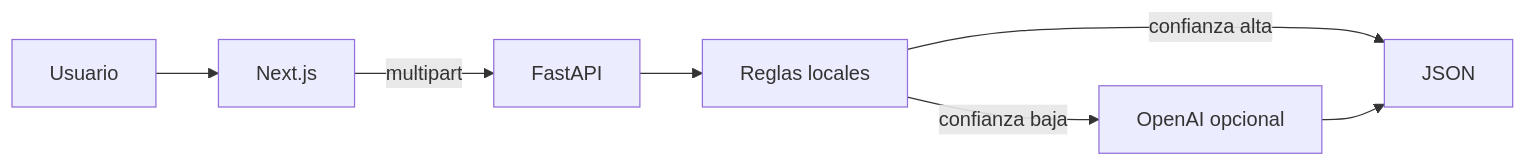
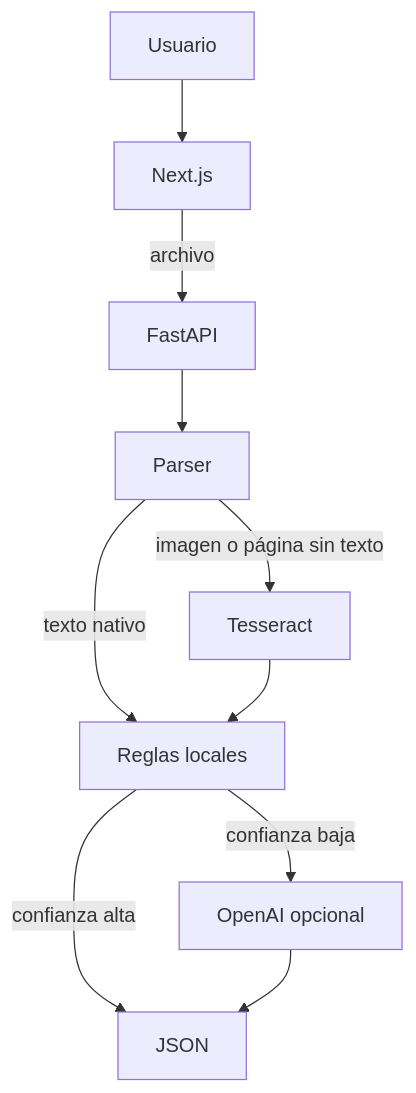
Before and after one commit to JuanRomerWRST/Questionnaire-Platform-ORC: the diagram in README.md, drawn with Mermaid. The commit also changed other lines of this file and 1 other file, not shown here.

First line of the commit message:
docs: show Tesseract in the flow and drop the pending deploy notes

````diff
--- a/README.md
+++ b/README.md
@@ -9,9 +7,12 @@
 ```mermaid
-flowchart LR
-  user[Usuario] --> ui[Next.js]
-  ui -->|multipart| api[FastAPI]
-  api --> rules[Reglas locales]
-  rules -->|confianza alta| json[JSON]
-  rules -->|confianza baja| llm[OpenAI opcional]
-  llm --> json
+flowchart TD
+  usuario[Usuario] --> ui[Next.js]
+  ui -->|archivo| api[FastAPI]
+  api --> parser[Parser]
+  parser -->|texto nativo| reglas[Reglas locales]
+  parser -->|imagen o página sin texto| tesseract[Tesseract]
+  tesseract --> reglas
+  reglas -->|confianza alta| json[JSON]
+  reglas -->|confianza baja| openai[OpenAI opcional]
+  openai --> json
 ```
````
